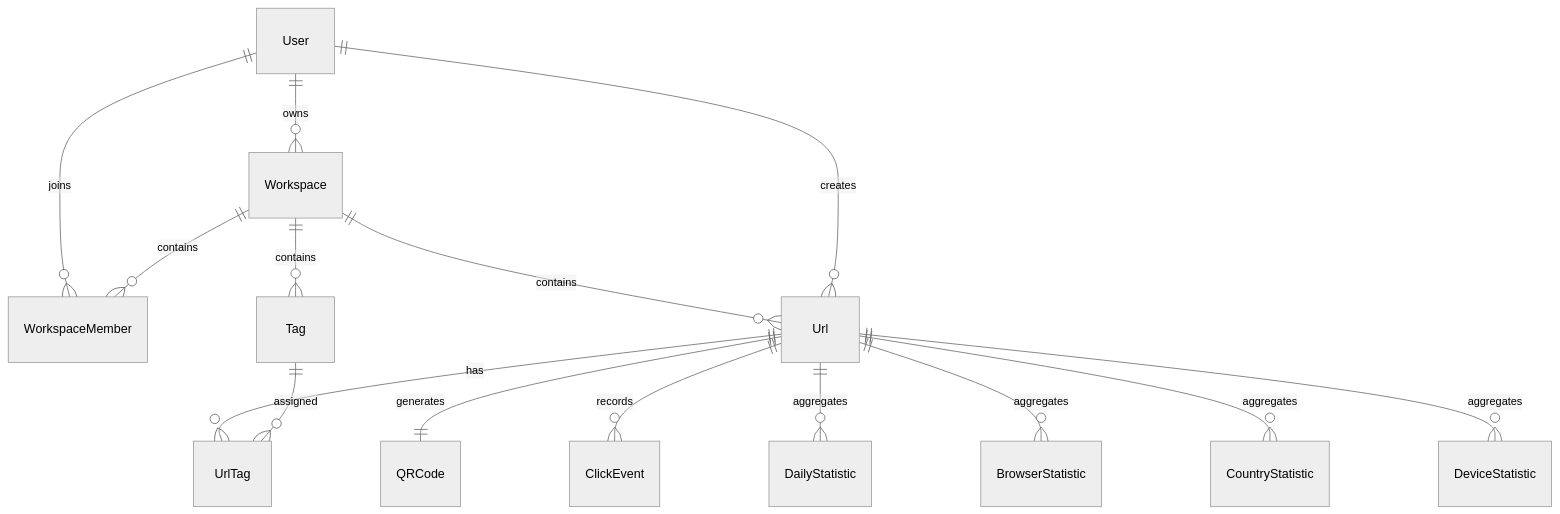
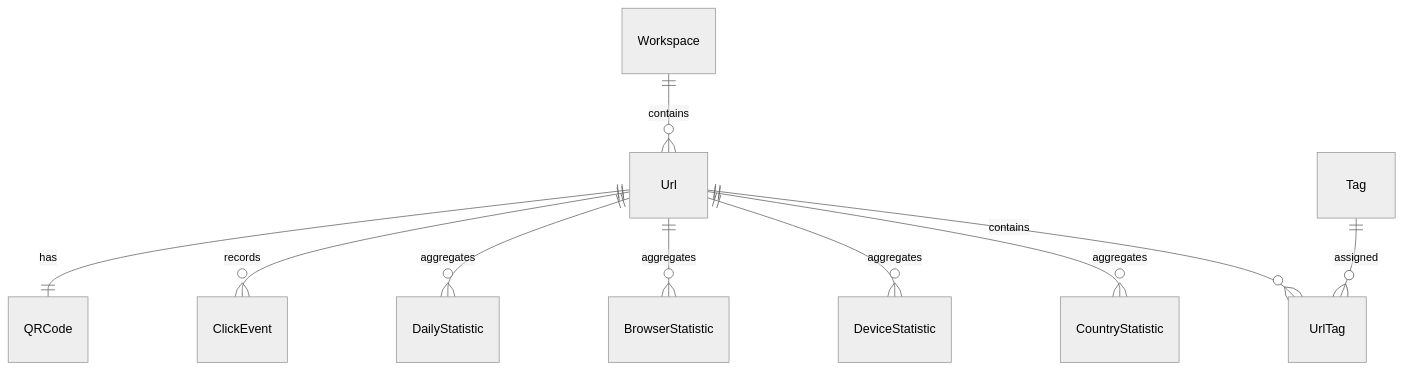
Before and after one commit to datnguyxn/LinkFlow: the diagram in docs/architecture/url/URL-Database.md, drawn with Mermaid (neutral theme). The commit also changed other lines of this file and 53 other files, not shown here.

````diff
--- a/docs/architecture/url/URL-Database.md
+++ b/docs/architecture/url/URL-Database.md
@@ -13,22 +17,21 @@
 ```mermaid
 erDiagram
 
-    User ||--o{ Workspace : owns
-    User ||--o{ WorkspaceMember : joins
-    Workspace ||--o{ WorkspaceMember : contains
+    Workspace ||--o{ Url : contains
 
-    Workspace ||--o{ Url : contains
-    User ||--o{ Url : creates
-
-    Workspace ||--o{ Tag : contains
-    Url ||--o{ UrlTag : has
-    Tag ||--o{ UrlTag : assigned
-
-    Url ||--|| QRCode : generates
+    Url ||--|| QRCode : has
 
     Url ||--o{ ClickEvent : records
+
     Url ||--o{ DailyStatistic : aggregates
+
     Url ||--o{ BrowserStatistic : aggregates
+
+    Url ||--o{ DeviceStatistic : aggregates
+
     Url ||--o{ CountryStatistic : aggregates
-    Url ||--o{ DeviceStatistic : aggregates
+
+    Url ||--o{ UrlTag : contains
+
+    Tag ||--o{ UrlTag : assigned
 ```
````
